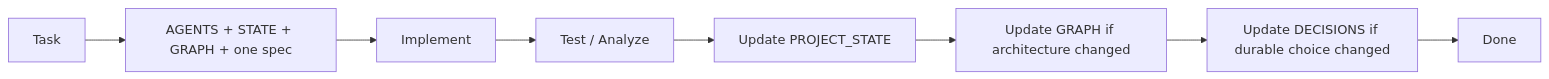
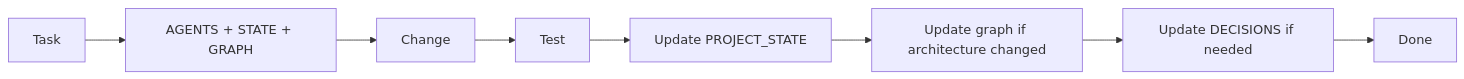
Before and after one commit to aaditya140103/kola: diagram 11 of 11 in docs/PROJECT_GRAPH.md, drawn with Mermaid. The commit also changed other lines of this file, not shown here.

Commit message:
docs: add reader state persistence loop to project graph

````diff
--- a/docs/PROJECT_GRAPH.md
+++ b/docs/PROJECT_GRAPH.md
@@ -250,13 +170,4 @@
 ```mermaid
 flowchart LR
-    Task[Task]
-    Read[AGENTS + STATE + GRAPH + one spec]
-    Change[Implement]
-    Test[Test / Analyze]
-    State[Update PROJECT_STATE]
-    Graph[Update GRAPH if architecture changed]
-    Decision[Update DECISIONS if durable choice changed]
-    Done[Done]
-
-    Task --> Read --> Change --> Test --> State --> Graph --> Decision --> Done
+    Task --> Read[AGENTS + STATE + GRAPH] --> Change --> Test --> State[Update PROJECT_STATE] --> Graph[Update graph if architecture changed] --> Decision[Update DECISIONS if needed] --> Done
 ```
````
